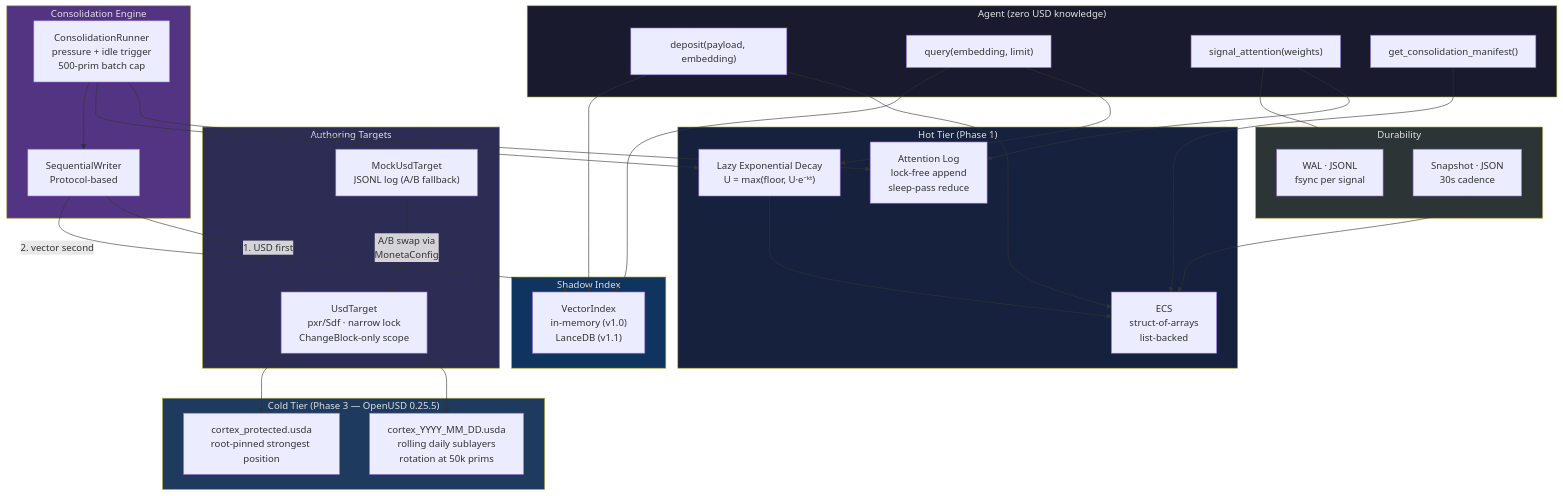
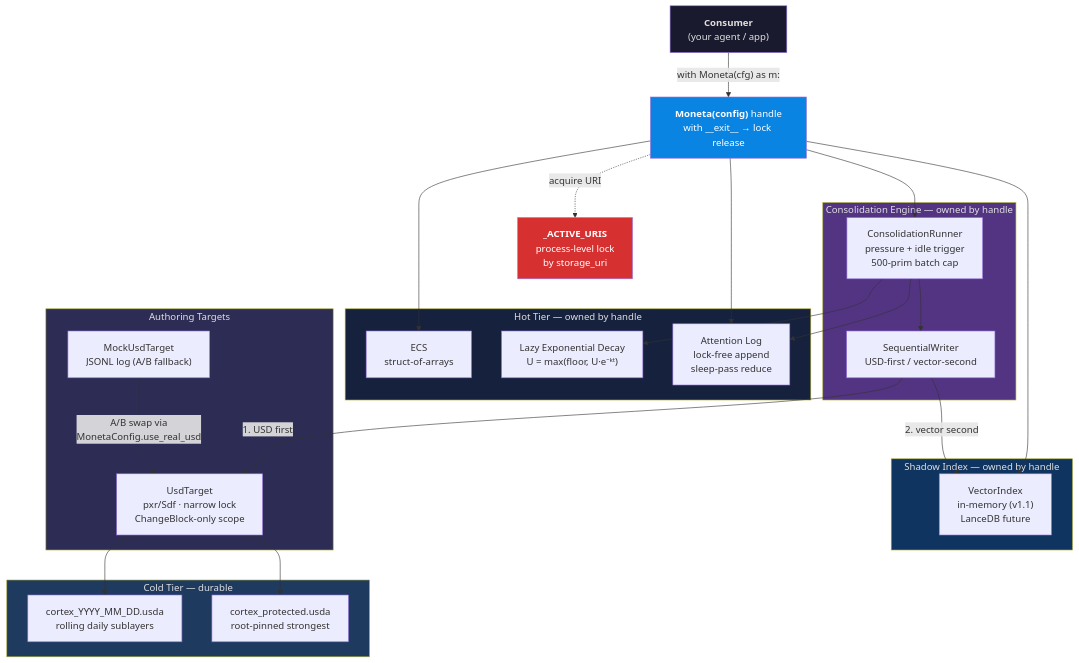
Before and after one commit to JosephOIbrahim/Moneta: the first of 6 diagrams in README.md, drawn with Mermaid. The commit also changed other lines of this file and 18 other files, not shown here.

````diff
--- a/README.md
+++ b/README.md
@@ -27,67 +150,55 @@
 ```mermaid
 graph TB
-    subgraph agent["Agent (zero USD knowledge)"]
-        deposit["deposit(payload, embedding)"]
-        query["query(embedding, limit)"]
-        signal["signal_attention(weights)"]
-        manifest["get_consolidation_manifest()"]
-    end
+    consumer["<b>Consumer</b><br/>(your agent / app)"]
+    handle["<b>Moneta(config)</b> handle<br/>with __exit__ → lock release"]
+    registry["<b>_ACTIVE_URIS</b><br/>process-level lock<br/>by storage_uri"]
 
-    subgraph hot["Hot Tier (Phase 1)"]
-        ECS["ECS<br/>struct-of-arrays<br/>list-backed"]
+    subgraph hot["Hot Tier — owned by handle"]
+        ECS["ECS<br/>struct-of-arrays"]
         Decay["Lazy Exponential Decay<br/>U = max(floor, U·e⁻ᵏᵗ)"]
         AttLog["Attention Log<br/>lock-free append<br/>sleep-pass reduce"]
     end
 
-    subgraph shadow["Shadow Index"]
-        VecIdx["VectorIndex<br/>in-memory (v1.0)<br/>LanceDB (v1.1)"]
+    subgraph shadow["Shadow Index — owned by handle"]
+        VecIdx["VectorIndex<br/>in-memory (v1.1)<br/>LanceDB future"]
     end
 
-    subgraph consolidation["Consolidation Engine"]
+    subgraph consolidation["Consolidation Engine — owned by handle"]
         Runner["ConsolidationRunner<br/>pressure + idle trigger<br/>500-prim batch cap"]
-        SeqWriter["SequentialWriter<br/>Protocol-based"]
+        SeqWriter["SequentialWriter<br/>USD-first / vector-second"]
     end
 
     subgraph targets["Authoring Targets"]
         Real["UsdTarget<br/>pxr/Sdf · narrow lock<br/>ChangeBlock-only scope"]
         Mock["MockUsdTarget<br/>JSONL log (A/B fallback)"]
     end
 
-    subgraph cold["Cold Tier (Phase 3 — OpenUSD 0.25.5)"]
-        Rolling["cortex_YYYY_MM_DD.usda<br/>rolling daily sublayers<br/>rotation at 50k prims"]
-        Protected["cortex_protected.usda<br/>root-pinned strongest position"]
+    subgraph cold["Cold Tier — durable"]
+        Rolling["cortex_YYYY_MM_DD.usda<br/>rolling daily sublayers"]
+        Protected["cortex_protected.usda<br/>root-pinned strongest"]
     end
 
-    subgraph durability["Durability"]
-        WAL["WAL · JSONL<br/>fsync per signal"]
-        Snap["Snapshot · JSON<br/>30s cadence"]
-    end
-
-    deposit --> ECS
-    deposit --> VecIdx
-    query --> Decay
-    Decay --> ECS
-    query --> VecIdx
-    signal --> AttLog
-    signal --> WAL
-    manifest --> ECS
-
+    consumer -->|"with Moneta(cfg) as m:"| handle
+    handle -.->|"acquire URI"| registry
+    handle --> ECS
+    handle --> AttLog
+    handle --> VecIdx
+    handle --> Runner
     Runner --> AttLog
     Runner --> Decay
     Runner --> SeqWriter
     SeqWriter -->|"1. USD first"| Real
     SeqWriter -->|"2. vector second"| VecIdx
     Real --> Rolling
     Real --> Protected
-    Mock -.->|"A/B swap via<br/>MonetaConfig"| Real
+    Mock -.->|"A/B swap via<br/>MonetaConfig.use_real_usd"| Real
 
-    Snap --> ECS
-
-    style agent fill:#1a1a2e,color:#e0e0e0
+    style consumer fill:#1a1a2e,color:#e0e0e0
+    style handle fill:#0984e3,color:#fff
+    style registry fill:#d63031,color:#fff
     style hot fill:#16213e,color:#e0e0e0
     style shadow fill:#0f3460,color:#e0e0e0
     style consolidation fill:#533483,color:#e0e0e0
     style targets fill:#2c2c54,color:#e0e0e0
     style cold fill:#1e3a5f,color:#e0e0e0
-    style durability fill:#2d3436,color:#e0e0e0
 ```
````
